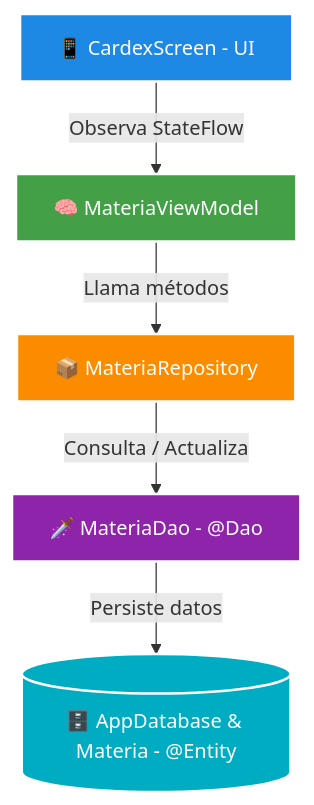
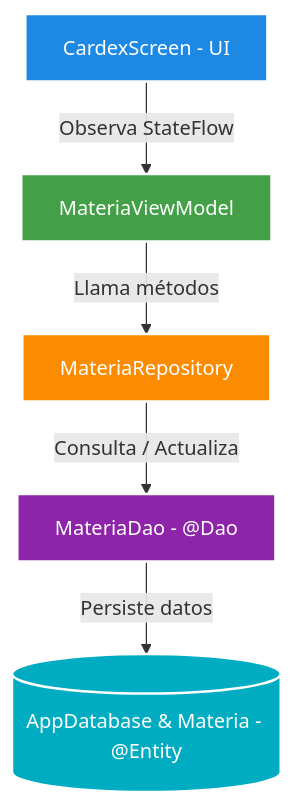
One commit to AXEL3080/1174.1Mi-Cardex changed the diagram in README.md. Above: the diagram before and after it, drawn with Mermaid. The commit also changed other lines of this file, not shown here.

````diff
--- a/README.md
+++ b/README.md
@@ -51,13 +51,13 @@
 ```mermaid
 graph TD
-    UI[📱 CardexScreen - UI] -->|Observa StateFlow| VM[🧠 MateriaViewModel]
-    VM -->|Llama métodos| REPO[📦 MateriaRepository]
-    REPO -->|Consulta / Actualiza| DAO[🗡️ MateriaDao - @Dao]
-    DAO -->|Persiste datos| DB[(🗄️ AppDatabase & Materia - @Entity)]
+    UI[ CardexScreen - UI] -->|Observa StateFlow| VM[ MateriaViewModel]
+    VM -->|Llama métodos| REPO[ MateriaRepository]
+    REPO -->|Consulta / Actualiza| DAO[ MateriaDao - @Dao]
+    DAO -->|Persiste datos| DB[( AppDatabase & Materia - @Entity)]
 
     style UI fill:#1E88E5,stroke:#fff,stroke-width:2px,color:#fff
     style VM fill:#43A047,stroke:#fff,stroke-width:2px,color:#fff
     style REPO fill:#FB8C00,stroke:#fff,stroke-width:2px,color:#fff
     style DAO fill:#8E24AA,stroke:#fff,stroke-width:2px,color:#fff
     style DB fill:#00ACC1,stroke:#fff,stroke-width:2px,color:#fff
 ```
````
